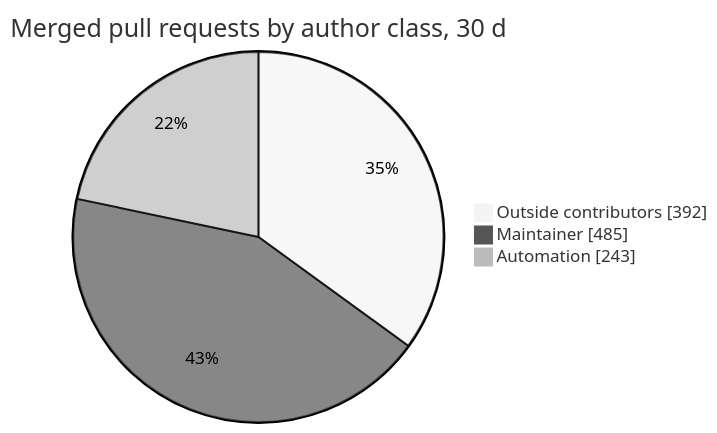
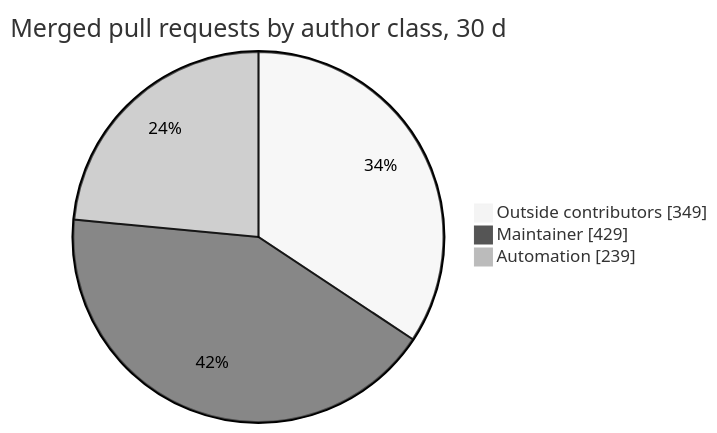
One commit to EY3G0R3/bernstein changed the third of 3 diagrams in project-pulse.md. Above: the diagram before and after it, drawn with Mermaid (neutral theme). The commit also changed other lines of this file and 4 other files, not shown here.

````diff
--- a/project-pulse.md
+++ b/project-pulse.md
@@ -49,7 +49,7 @@
 ```mermaid
 pie showData
     title Merged pull requests by author class, 30 d
-    "Outside contributors" : 392
-    "Maintainer" : 485
-    "Automation" : 243
+    "Outside contributors" : 349
+    "Maintainer" : 429
+    "Automation" : 239
 ```
````
